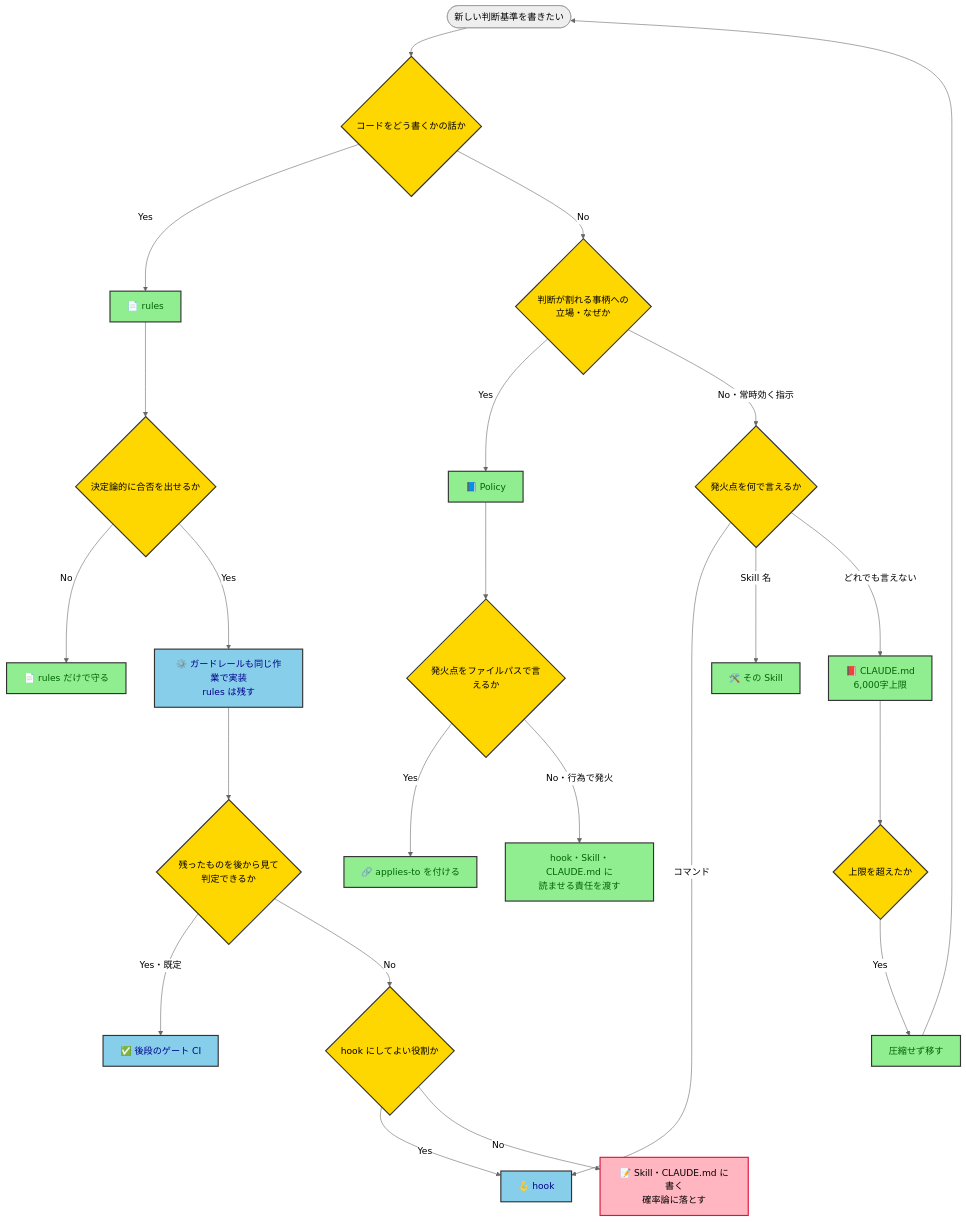
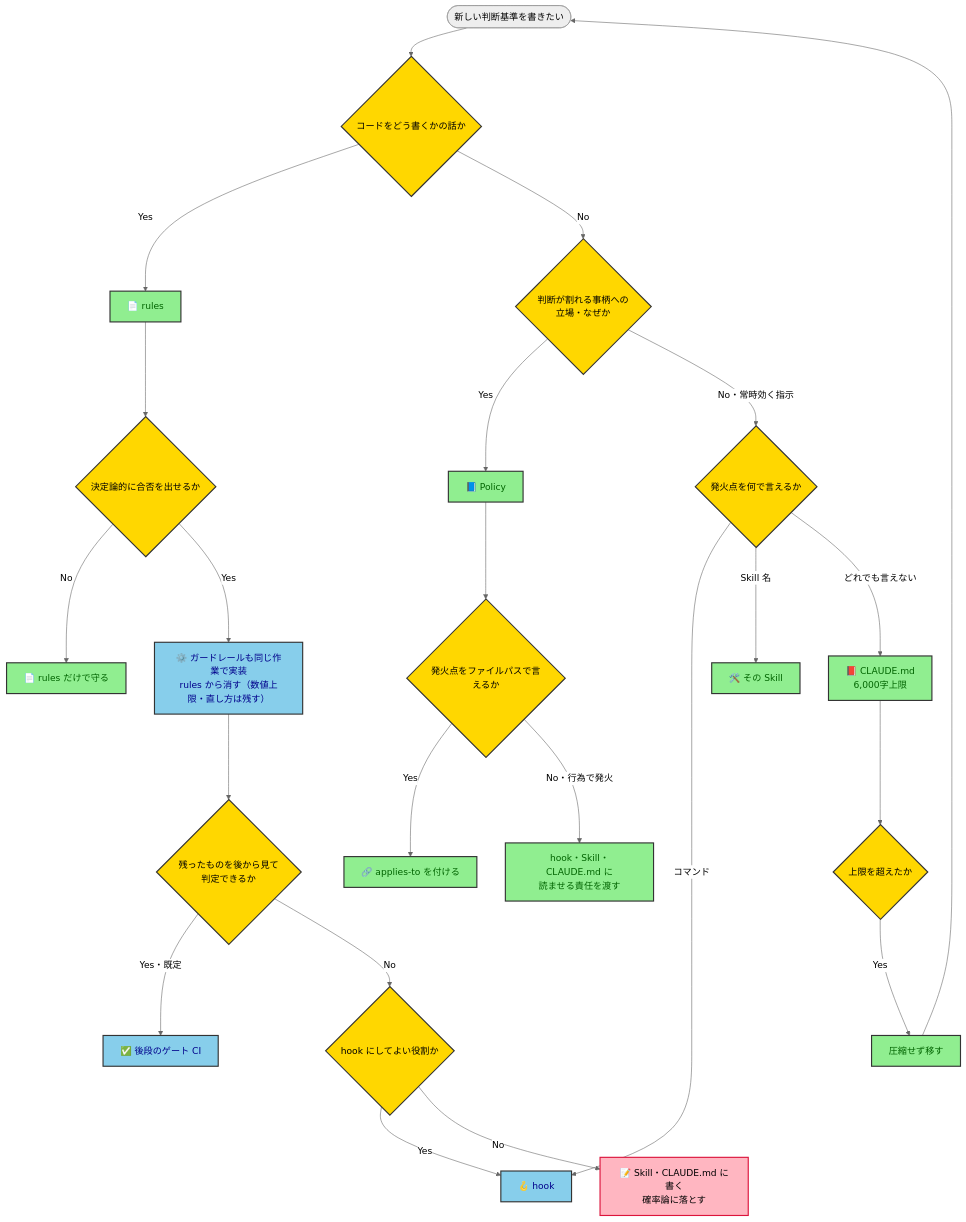
Before and after one commit to kasiopeiya/claude-dev-template: the diagram in docs/policy/policy-driven-development-policy.md, drawn with Mermaid (neutral theme). The commit also changed other lines of this file and 16 other files, not shown here.

````diff
--- a/docs/policy/policy-driven-development-policy.md
+++ b/docs/policy/policy-driven-development-policy.md
@@ -52,41 +52,41 @@
 ```mermaid
 flowchart TD
     Start(["新しい判断基準を書きたい"]) --> Q1{"コードをどう書くかの話か"}
 
     Q1 -->|Yes| Rules["📄 rules"]
     Q1 -->|No| Q2{"判断が割れる事柄への<br/>立場・なぜか"}
 
     Rules --> Q3{"決定論的に合否を出せるか"}
     Q3 -->|No| RulesOnly["📄 rules だけで守る"]
-    Q3 -->|Yes| Guard["⚙️ ガードレールも同じ作業で実装<br/>rules は残す"]
+    Q3 -->|Yes| Guard["⚙️ ガードレールも同じ作業で実装<br/>rules から消す（数値上限・直し方は残す）"]
 
     Guard --> Q4{"残ったものを後から見て<br/>判定できるか"}
     Q4 -->|"Yes・既定"| CI["✅ 後段のゲート CI"]
     Q4 -->|No| Q5{"hook にしてよい役割か"}
     Q5 -->|Yes| Hook["🪝 hook"]
     Q5 -->|No| Prose["📝 Skill・CLAUDE.md に書く<br/>確率論に落とす"]
 
     Q2 -->|Yes| Policy["📘 Policy"]
     Q2 -->|"No・常時効く指示"| Q7{"発火点を何で言えるか"}
 
     Policy --> Q6{"発火点をファイルパスで言えるか"}
     Q6 -->|Yes| Applies["🔗 applies-to を付ける"]
     Q6 -->|"No・行為で発火"| NoApplies["hook・Skill・CLAUDE.md に<br/>読ませる責任を渡す"]
 
     Q7 -->|コマンド| Hook
     Q7 -->|"Skill 名"| SkillPlace["🛠️ その Skill"]
     Q7 -->|"どれでも言えない"| Claude["📕 CLAUDE.md<br/>6,000字上限"]
     Claude --> Q8{"上限を超えたか"}
     Q8 -->|Yes| Move["圧縮せず移す"]
     Move --> Start
 
     classDef decision fill:#FFD700,stroke:#333,stroke-width:2px,color:black
     classDef place fill:#90EE90,stroke:#333,stroke-width:2px,color:darkgreen
     classDef machine fill:#87CEEB,stroke:#333,stroke-width:2px,color:darkblue
     classDef weak fill:#FFB6C1,stroke:#DC143C,stroke-width:2px,color:black
 
     class Q1,Q2,Q3,Q4,Q5,Q6,Q7,Q8 decision
     class Rules,RulesOnly,Policy,Applies,NoApplies,SkillPlace,Claude,Move place
     class Guard,CI,Hook machine
     class Prose weak
 ```
````
